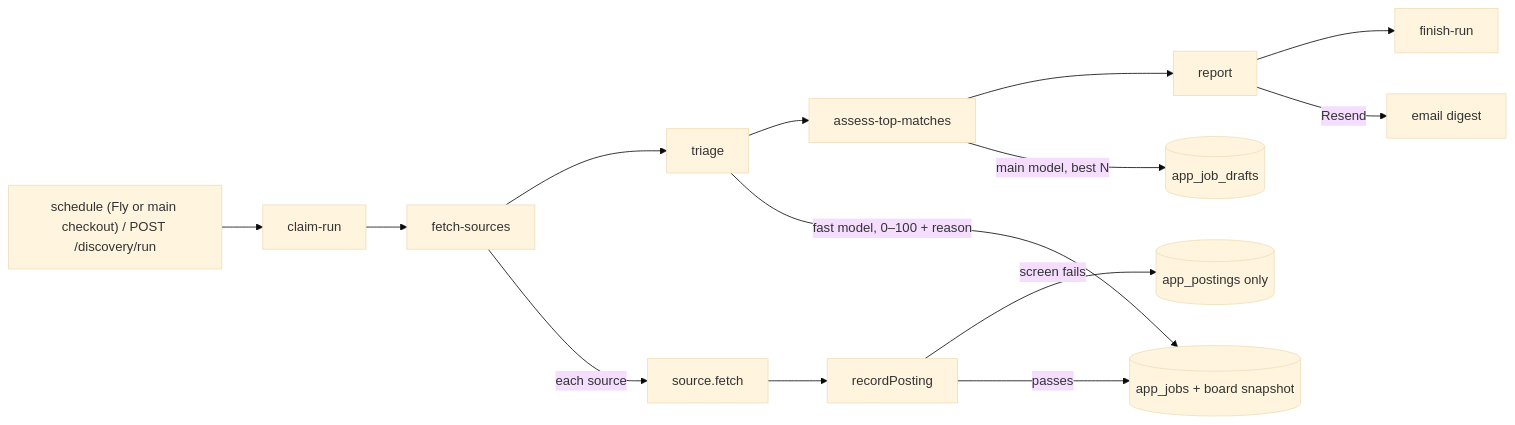
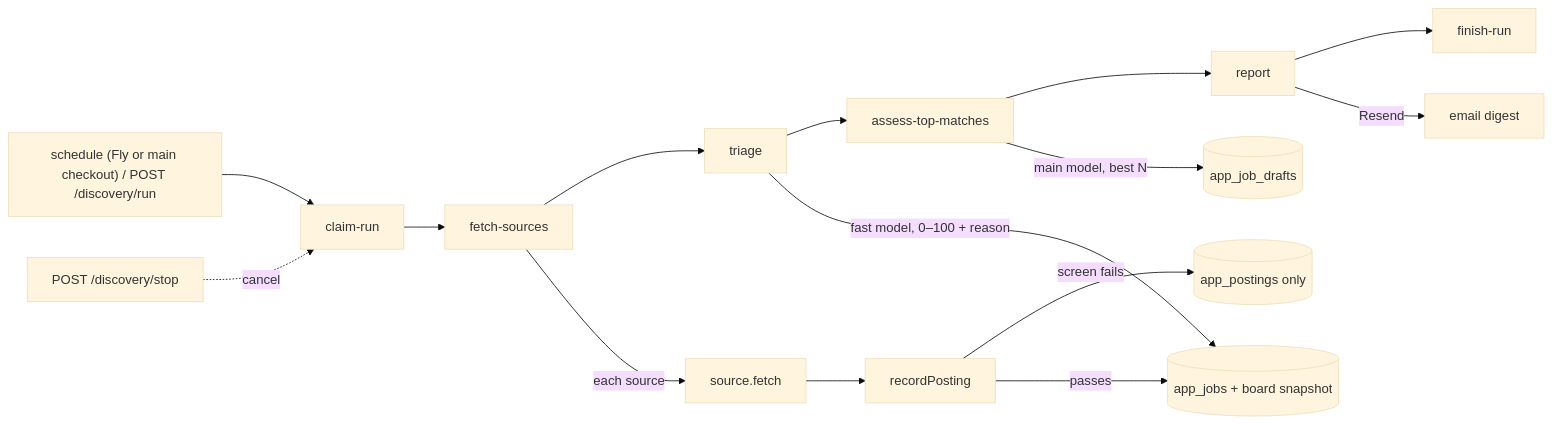
Before and after one commit to pppdns/job-agent-mastra: the diagram in apps/agent/src/discovery/AGENTS.md, drawn with Mermaid (base theme). The commit also changed other lines of this file and 18 other files, not shown here.

Commit message:
Add triage-only and assess-only discovery runs and a Stop run control

````diff
--- a/apps/agent/src/discovery/AGENTS.md
+++ b/apps/agent/src/discovery/AGENTS.md
@@ -5,11 +5,12 @@
 ```mermaid
 flowchart LR
   T["schedule (Fly or main checkout) / POST /discovery/run"] --> C[claim-run]
+  STOP["POST /discovery/stop"] -.->|cancel| C
   C --> F[fetch-sources] --> TR[triage] --> AS[assess-top-matches] --> R[report] --> X[finish-run]
   F -->|each source| S[source.fetch] --> P[recordPosting]
   P -->|screen fails| PO[(app_postings only)]
   P -->|passes| J[(app_jobs + board snapshot)]
   TR -->|fast model, 0–100 + reason| J
   AS -->|main model, best N| D[(app_job_drafts)]
   R -->|Resend| E[email digest]
 ```
````
